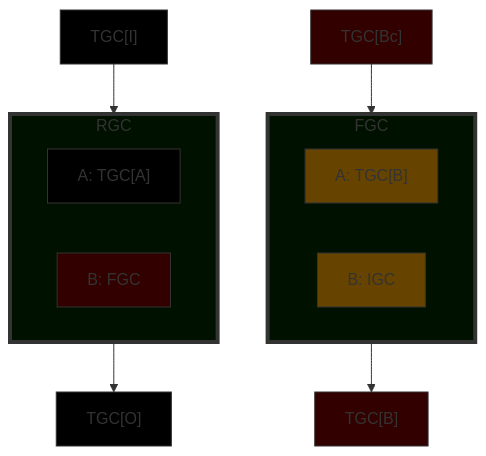
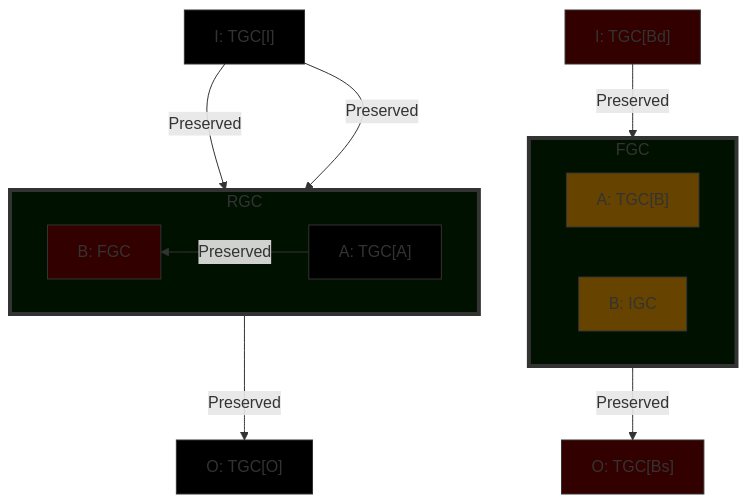
Before and after one commit to Shapedsundew9/erasmus-gp: the sixth of 6 diagrams in egppy/egppy/physics/docs/insertion.md, drawn with Mermaid. The commit also changed other lines of this file and 18 other files, not shown here.

First line of the commit message:
WIP: Refactor genetic code connection graph and insertion logic

````diff
--- a/egppy/egppy/physics/docs/insertion.md
+++ b/egppy/egppy/physics/docs/insertion.md
@@ -221,37 +224,41 @@
 ```mermaid
 %% Insertion Case 5
 flowchart TB
-    I1["TGC[I]"]
+    I1["I: TGC[I]"]
     subgraph RGC
         direction RL
         GCA1["A: TGC[A]"]
         GCB1["B: FGC"]
     end
-    O1["TGC[O]"]
-    I1 --> RGC --> O1
+    O1["O: TGC[O]"]
+    I1 --Preserved-->GCA1
+    I1 --Preserved-->GCB1
+    GCA1 --Preserved-->GCB1
+    GCB1 --Preserved--> O1
 
-    I2["TGC[Bc]"]
+    I2["I: TGC[Bd]"]
     subgraph FGC
         direction RL
         GCA2["A: TGC[B]"]
         GCB2["B: IGC"]
     end
-    O2["TGC[B]"]
-    I2 --> FGC --> O2
+    O2["O: TGC[Bs]"]
+    I2 --Preserved--> GCA2
+    GCA2 --Preserved--> O2
 
 classDef newGC fill:#010,stroke:#333,stroke-width:4px
 classDef newRow fill:#300,stroke:#333,stroke-width:1px
 classDef modified fill:#640,stroke:#333,stroke-width:1px
 classDef unchanged fill:#000,stroke:#333,stroke-width:1px
 
 class RGC newGC
 class GCA1 unchanged
 class GCB1 newRow
 class FGC newGC
 class GCA2 modified
 class GCB2 modified
 class I1 unchanged
 class I2 newRow
 class O1 unchanged
 class O2 newRow
 ```
````
